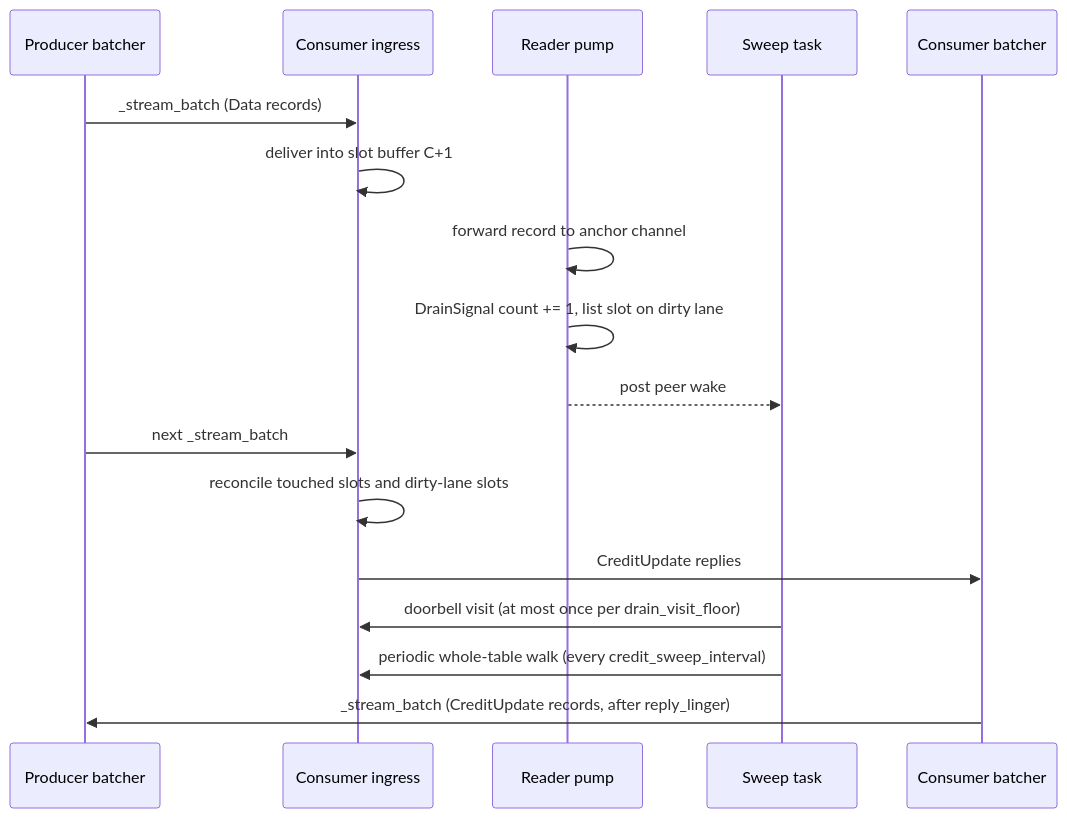
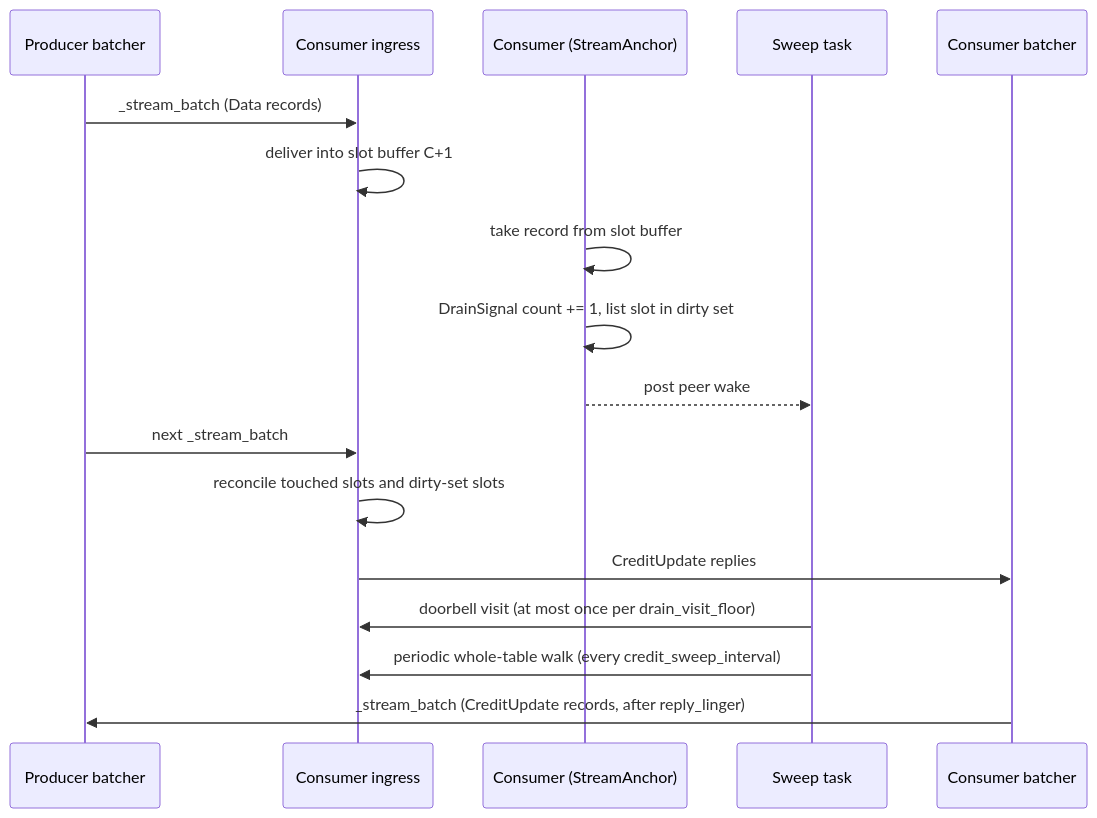
Before and after one commit to ai-dynamo/velo: the second of 2 diagrams in docs/src/concepts/batched-streaming.md, drawn with Mermaid. The commit also changed other lines of this file and 37 other files, not shown here.

First line of the commit message:
perf(streaming): the mux consumer reads its slot buffer; less frontend CPU per record (#95)

````diff
--- a/docs/src/concepts/batched-streaming.md
+++ b/docs/src/concepts/batched-streaming.md
@@ -232,19 +234,19 @@
 ```mermaid
 sequenceDiagram
     participant P as Producer batcher
     participant I as Consumer ingress
-    participant R as Reader pump
+    participant R as Consumer (StreamAnchor)
     participant S as Sweep task
     participant B as Consumer batcher
     P->>I: _stream_batch (Data records)
     I->>I: deliver into slot buffer C+1
-    R->>R: forward record to anchor channel
-    R->>R: DrainSignal count += 1, list slot on dirty lane
+    R->>R: take record from slot buffer
+    R->>R: DrainSignal count += 1, list slot in dirty set
     R-->>S: post peer wake
     P->>I: next _stream_batch
-    I->>I: reconcile touched slots and dirty-lane slots
+    I->>I: reconcile touched slots and dirty-set slots
     I->>B: CreditUpdate replies
     S->>I: doorbell visit (at most once per drain_visit_floor)
     S->>I: periodic whole-table walk (every credit_sweep_interval)
     B->>P: _stream_batch (CreditUpdate records, after reply_linger)
 ```
````
